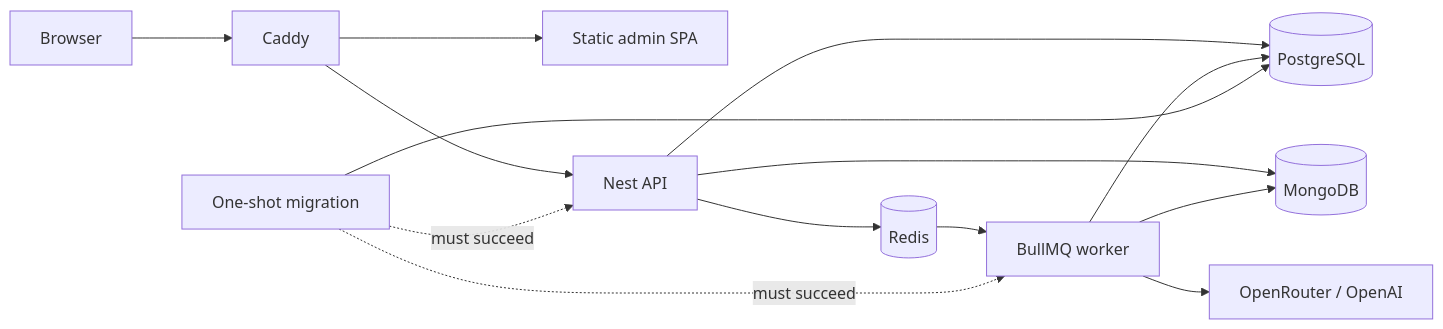
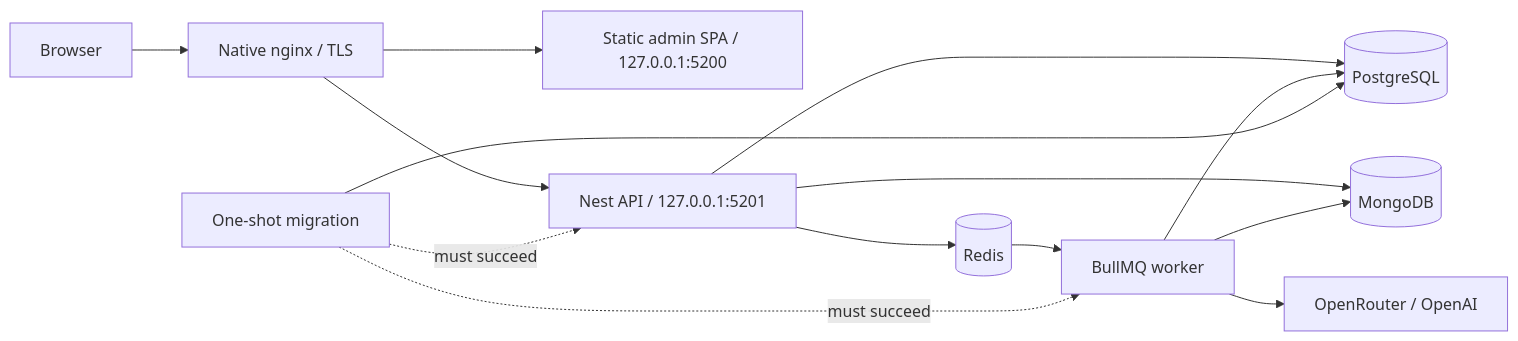
The diagram in docs/deployment.md (johnakisk0700/slopform), drawn with Mermaid before and after one commit. The commit also changed other lines of this file and 248 other files, not shown here.

````diff
--- a/docs/deployment.md
+++ b/docs/deployment.md
@@ -17,16 +19,16 @@
 ```mermaid
 flowchart LR
-  Browser --> Caddy
-  Caddy --> Web["Static admin SPA"]
-  Caddy --> API["Nest API"]
+  Browser --> Nginx["Native nginx / TLS"]
+  Nginx --> Web["Static admin SPA / 127.0.0.1:5200"]
+  Nginx --> API["Nest API / 127.0.0.1:5201"]
   API --> DB[(PostgreSQL)]
   API --> Mongo[(MongoDB)]
   API --> Redis[(Redis)]
   Redis --> Worker["BullMQ worker"]
   Worker --> DB
   Worker --> Mongo
   Worker --> AI["OpenRouter / OpenAI"]
   Migrate["One-shot migration"] --> DB
   Migrate -. "must succeed" .-> API
   Migrate -. "must succeed" .-> Worker
 ```
````
